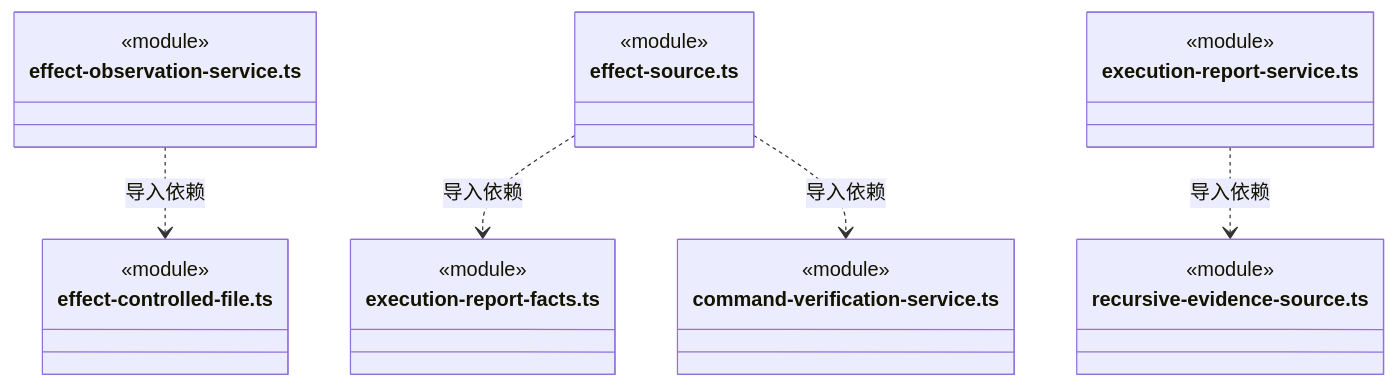
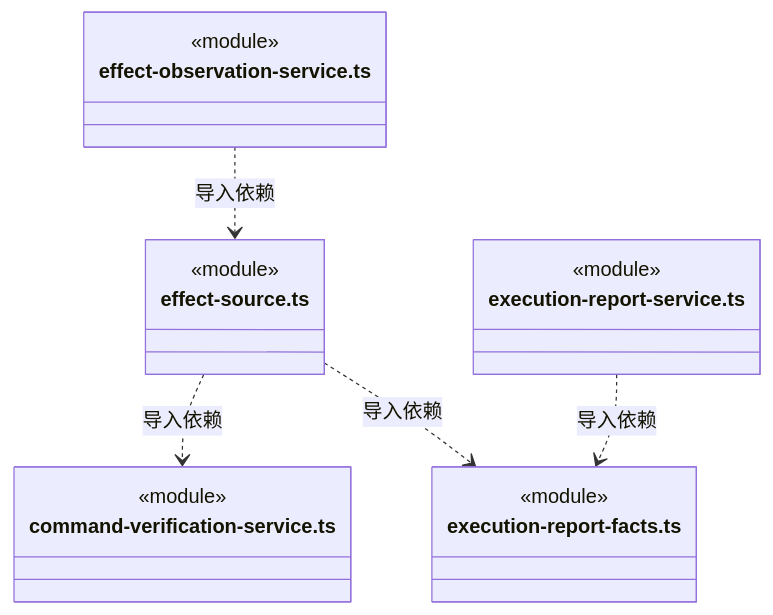
Diagram 21 of 23 in src/logic/evidence/runtime/ARCHITECTURE.md (nan023062/cbim), drawn with Mermaid before and after one commit. The commit also changed other lines of this file and 112 other files, not shown here.

Commit message:
docs: align source architecture with current declarations and contracts

````diff
--- a/src/logic/evidence/runtime/ARCHITECTURE.md
+++ b/src/logic/evidence/runtime/ARCHITECTURE.md
@@ -528,28 +529,22 @@
 ```mermaid
 classDiagram
 class N_src_logic_evidence_runtime_effect_observation_service_ts["effect-observation-service.ts"] {
   <<module>>
 }
-class N_src_logic_evidence_runtime_effect_controlled_file_ts["effect-controlled-file.ts"] {
+class N_src_logic_evidence_runtime_effect_source_ts["effect-source.ts"] {
   <<module>>
 }
-class N_src_logic_evidence_runtime_effect_source_ts["effect-source.ts"] {
+class N_src_logic_evidence_runtime_command_verification_service_ts["command-verification-service.ts"] {
   <<module>>
 }
 class N_src_logic_evidence_runtime_execution_report_facts_ts["execution-report-facts.ts"] {
   <<module>>
 }
-class N_src_logic_evidence_runtime_command_verification_service_ts["command-verification-service.ts"] {
-  <<module>>
-}
 class N_src_logic_evidence_runtime_execution_report_service_ts["execution-report-service.ts"] {
   <<module>>
 }
-class N_src_logic_evidence_runtime_recursive_evidence_source_ts["recursive-evidence-source.ts"] {
-  <<module>>
-}
-N_src_logic_evidence_runtime_effect_observation_service_ts ..> N_src_logic_evidence_runtime_effect_controlled_file_ts : 导入依赖
+N_src_logic_evidence_runtime_effect_observation_service_ts ..> N_src_logic_evidence_runtime_effect_source_ts : 导入依赖
+N_src_logic_evidence_runtime_effect_source_ts ..> N_src_logic_evidence_runtime_command_verification_service_ts : 导入依赖
 N_src_logic_evidence_runtime_effect_source_ts ..> N_src_logic_evidence_runtime_execution_report_facts_ts : 导入依赖
-N_src_logic_evidence_runtime_effect_source_ts ..> N_src_logic_evidence_runtime_command_verification_service_ts : 导入依赖
-N_src_logic_evidence_runtime_execution_report_service_ts ..> N_src_logic_evidence_runtime_recursive_evidence_source_ts : 导入依赖
+N_src_logic_evidence_runtime_execution_report_service_ts ..> N_src_logic_evidence_runtime_execution_report_facts_ts : 导入依赖
 ```
````
